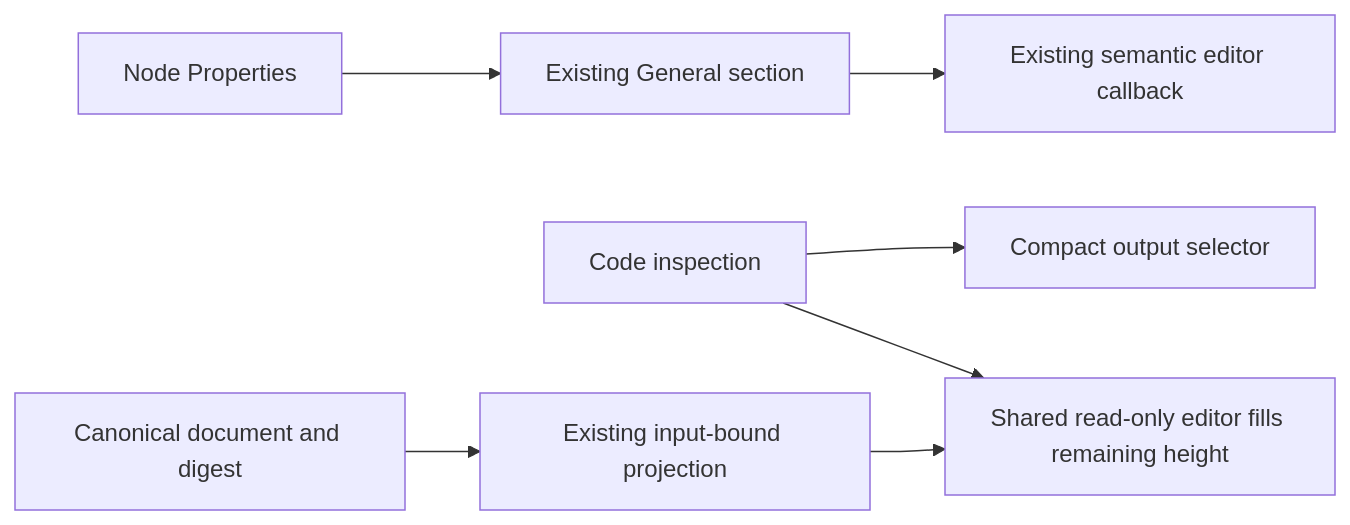
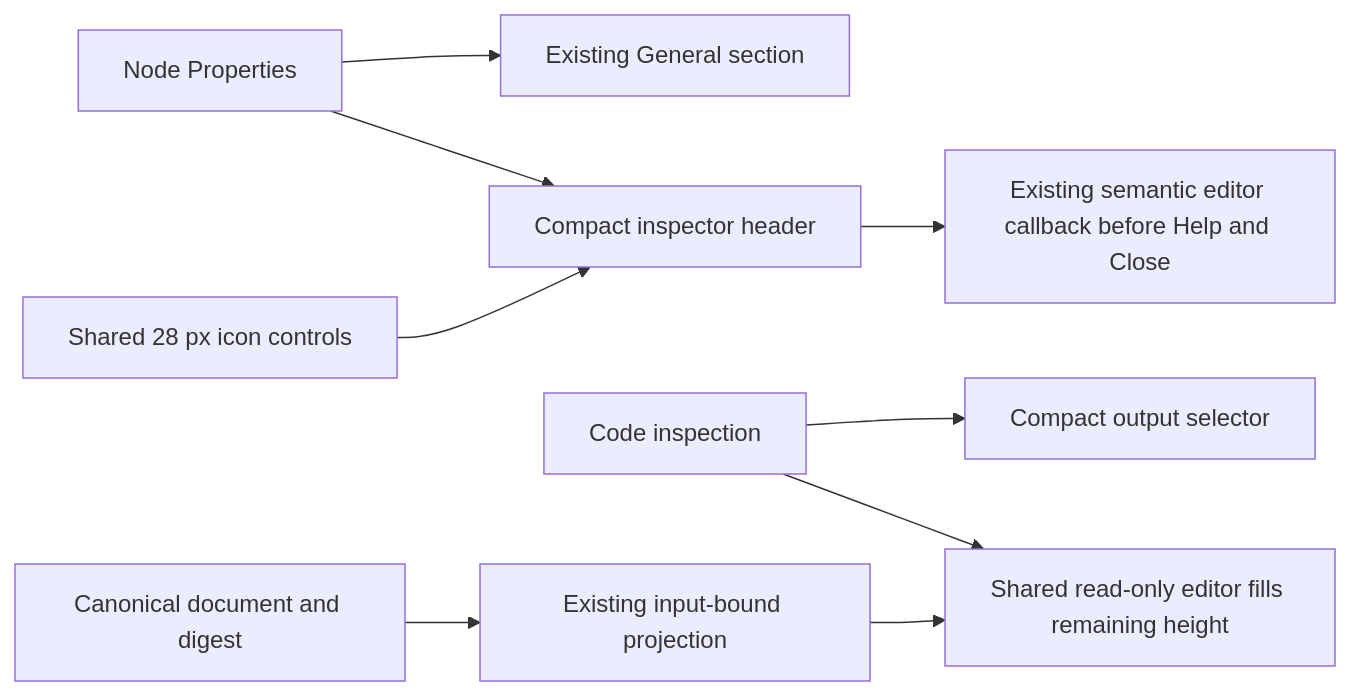
One commit to dunay2/dvt changed the seventh of 13 diagrams in docs/architecture/components/web/graph/canvas-shell-component.md. Above: the diagram before and after it, drawn with Mermaid. The commit also changed other lines of this file and 10 other files, not shown here.

Commit message:
fix(web): Move semantic editor to compact inspector header

````diff
--- a/docs/architecture/components/web/graph/canvas-shell-component.md
+++ b/docs/architecture/components/web/graph/canvas-shell-component.md
@@ -469,9 +474,11 @@
 ```mermaid
 flowchart LR
   Properties[Node Properties] --> General[Existing General section]
-  General --> Open[Existing semantic editor callback]
+  Properties --> Header[Compact inspector header]
+  Header --> Open[Existing semantic editor callback before Help and Close]
+  Tokens[Shared 28 px icon controls] --> Header
   Code[Code inspection] --> Selector[Compact output selector]
   Code --> Editor[Shared read-only editor fills remaining height]
   Truth[Canonical document and digest] --> Projection[Existing input-bound projection]
   Projection --> Editor
 ```
````
